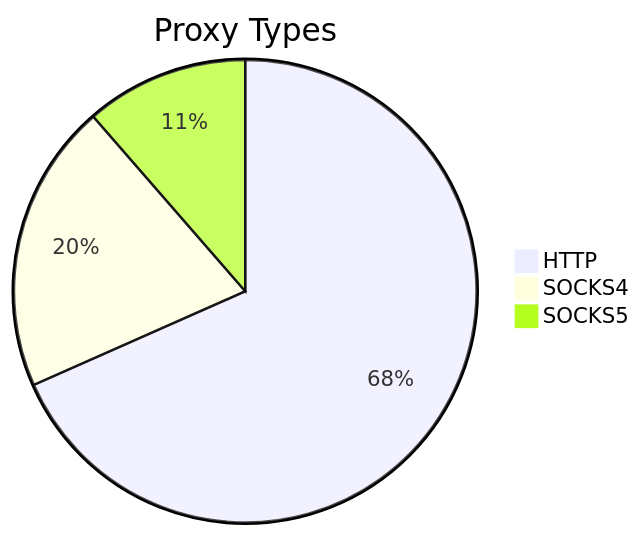
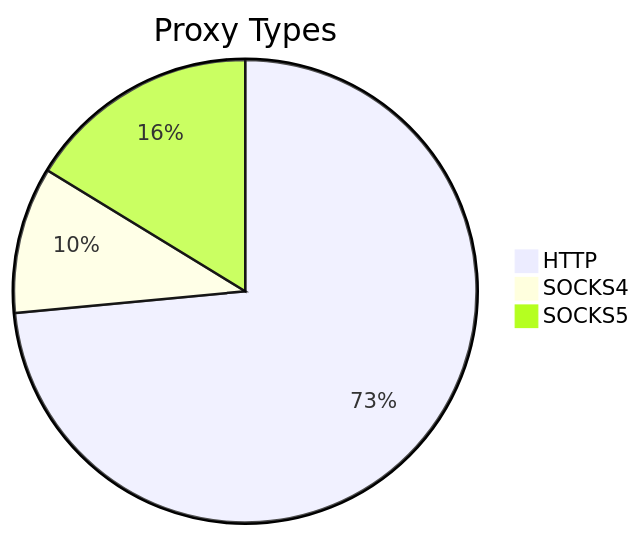
Before and after one commit to stormsia/proxy-list: the first of 2 diagrams in README.md, drawn with Mermaid. The commit also changed other lines of this file, not shown here.

````diff
--- a/README.md
+++ b/README.md
@@ -21,6 +21,6 @@
 ```mermaid
 pie title Proxy Types
-    "HTTP" : 402
-    "SOCKS4" : 119
-    "SOCKS5" : 67
+    "HTTP" : 244
+    "SOCKS4" : 34
+    "SOCKS5" : 54
 ```
````
